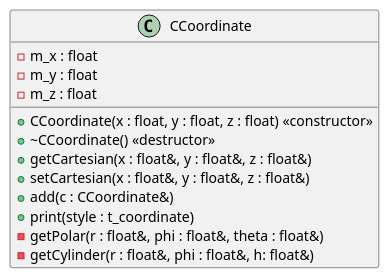
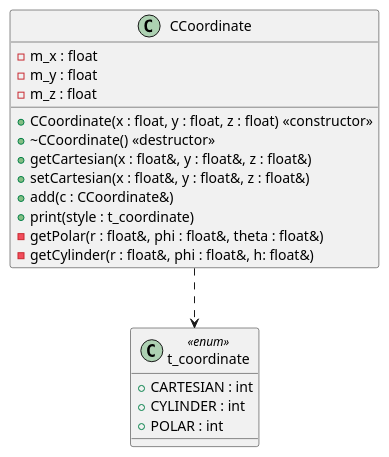
The fourth of 46 diagrams in UML diagrams.md (Alexander-Wilms/Advanced-Programming-Techniques), drawn with PlantUML before and after one commit. The commit also changed other lines of this file and 171 other files, not shown here.

````diff
--- a/UML diagrams.md
+++ b/UML diagrams.md
@@ -513,18 +530,24 @@
 ```plantuml
 @startuml
 class CCoordinate {
  	- m_x : float
  	- m_y : float
  	- m_z : float
 
  	+ CCoordinate(x : float, y : float, z : float) <<constructor>>
  	+ ~CCoordinate() <<destructor>>
  	+ getCartesian(x : float&, y : float&, z : float&)
  	+ setCartesian(x : float&, y : float&, z : float&)
  	+ add(c : CCoordinate&)
  	+ print(style : t_coordinate)
  	- getPolar(r : float&, phi : float&, theta : float&)
  	- getCylinder(r : float&, phi : float&, h: float&)
 }
+class t_coordinate <<enum>> {
+	+ CARTESIAN : int
+	+ CYLINDER : int
+	+ POLAR : int	
+}
+CCoordinate ..> t_coordinate
 @enduml
 ```
````
